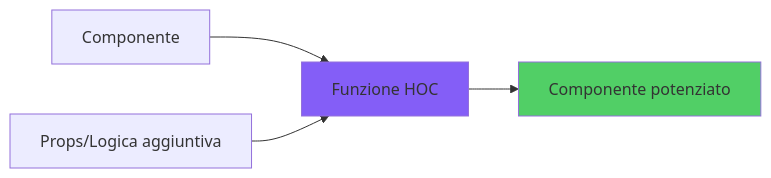
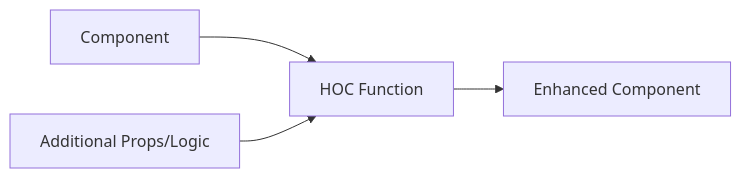
The eighth of 12 diagrams in arguments/chapters/it/03-component-patterns-best-practices.md (BabaScience/react-guides), drawn with Mermaid before and after one commit. The commit also changed other lines of this file and 29 other files, not shown here.

First line of the commit message:
Bring React FR/IT translations to full English parity + theme-safe diagrams

````diff
--- a/arguments/chapters/it/03-component-patterns-best-practices.md
+++ b/arguments/chapters/it/03-component-patterns-best-practices.md
@@ -286,9 +1428,7 @@
 ```mermaid
 graph LR
-    A[Componente] --> B[Funzione HOC]
-    C[Props/Logica aggiuntiva] --> B
-    B --> D[Componente potenziato]
+    A[Component] --> B[HOC Function]
+    C[Additional Props/Logic] --> B
+    B --> D[Enhanced Component]
     
-    style B fill:#845ef7
-    style D fill:#51cf66
 ```
````
